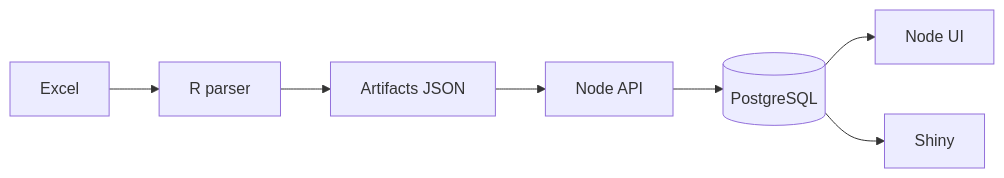
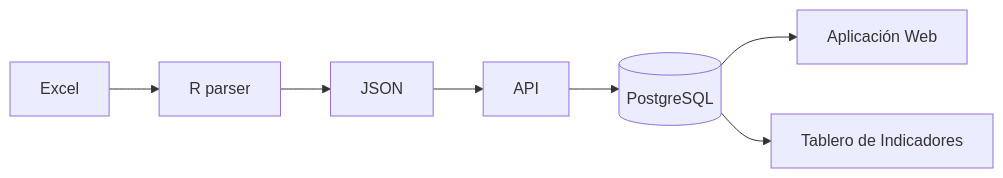
Before and after one commit to rlabuonora/comap: the second of 2 diagrams in presentation/slides.qmd, drawn with Mermaid. The commit also changed other lines of this file, not shown here.

````diff
--- a/presentation/slides.qmd
+++ b/presentation/slides.qmd
@@ -22,9 +81,9 @@
 ```{mermaid}
 flowchart LR
     A[Excel] --> B[R parser]
-    B --> C[Artifacts JSON]
-    C --> D[Node API]
+    B --> C[JSON]
+    C --> D[API]
     D --> E[(PostgreSQL)]
-    E --> F[Node UI]
-    E --> G[Shiny]
+    E --> F[Aplicación Web]
+    E --> G[Tablero de Indicadores]
 ```
````
